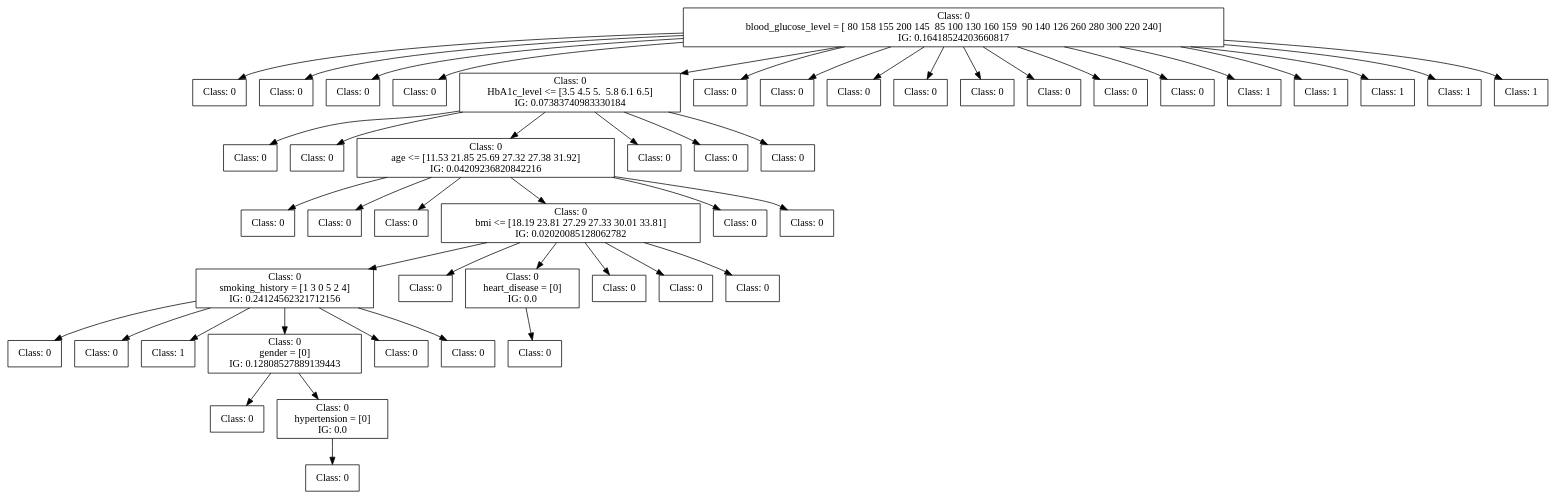
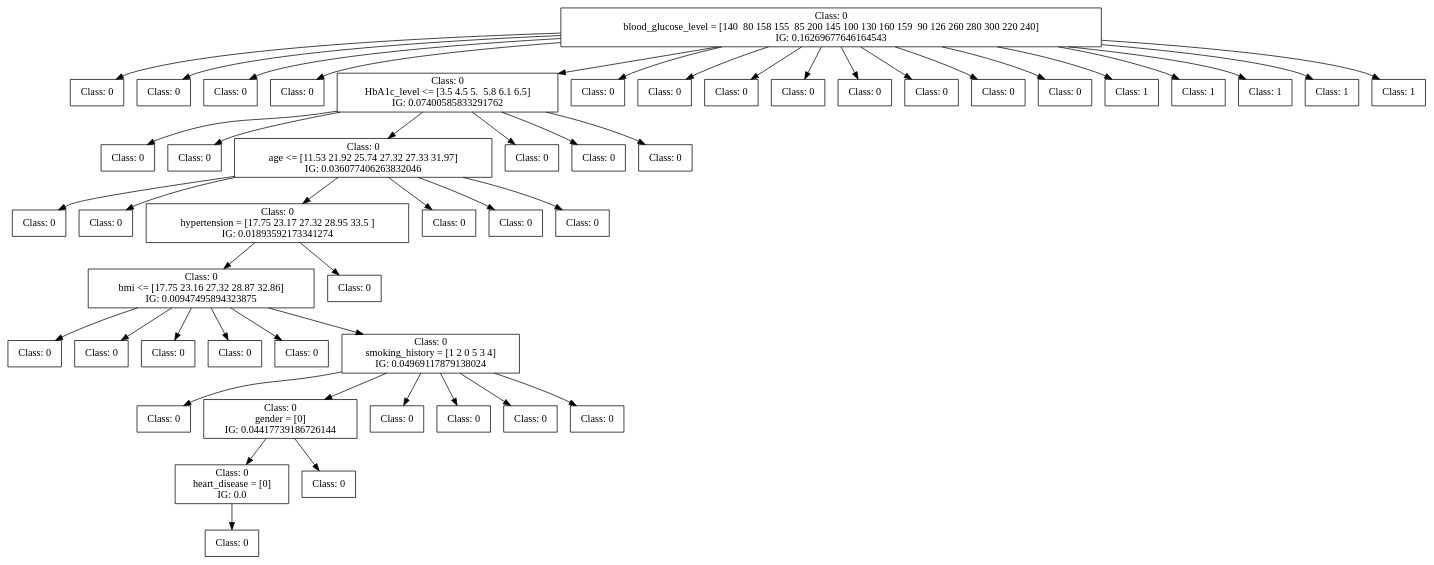
One commit to FedericoBruzzone/anti-money-laundering changed the diagram in dot_figs/tree-id3-diabetes.dot. Above: the diagram before and after it, drawn with Graphviz. The commit also changed 28 other files, not shown here.

```diff
--- a/dot_figs/tree-id3-diabetes.dot
+++ b/dot_figs/tree-id3-diabetes.dot
@@ -1,152 +1,155 @@
 digraph DecisionTree {
 	rankdir=TD;
 	node [shape=box];
-	1472321838944 [label="Class: 0
-blood_glucose_level = [ 80 158 155 200 145  85 100 130 160 159  90 140 126 260 280 300 220 240]
-IG: 0.16418524203660817"];
-	1472384834080 [label="Class: 0
+	1902116242240 [label="Class: 0
+blood_glucose_level = [140  80 158 155  85 200 145 100 130 160 159  90 126 260 280 300 220 240]
+IG: 0.16269677646164543"];
+	1902402465472 [label="Class: 0
 "];
-	1472321838944 -> 1472384834080;
-	1472384829808 [label="Class: 0
+	1902116242240 -> 1902402465472;
+	1902402465328 [label="Class: 0
 "];
-	1472321838944 -> 1472384829808;
-	1472384833648 [label="Class: 0
+	1902116242240 -> 1902402465328;
+	1902402458464 [label="Class: 0
 "];
-	1472321838944 -> 1472384833648;
-	1472384828896 [label="Class: 0
+	1902116242240 -> 1902402458464;
+	1902402459616 [label="Class: 0
 "];
-	1472321838944 -> 1472384828896;
-	1472384828224 [label="Class: 0
+	1902116242240 -> 1902402459616;
+	1902402464704 [label="Class: 0
 HbA1c_level <= [3.5 4.5 5.  5.8 6.1 6.5]
-IG: 0.07383740983330184"];
-	1472321838944 -> 1472384828224;
-	1472331663920 [label="Class: 0
+IG: 0.07400585833291762"];
+	1902116242240 -> 1902402464704;
+	1902432781024 [label="Class: 0
 "];
-	1472384828224 -> 1472331663920;
-	1472331667040 [label="Class: 0
+	1902402464704 -> 1902432781024;
+	1902432784672 [label="Class: 0
 "];
-	1472384828224 -> 1472331667040;
-	1472331664016 [label="Class: 0
-age <= [11.53 21.85 25.69 27.32 27.38 31.92]
-IG: 0.04209236820842216"];
-	1472384828224 -> 1472331664016;
-	1472331665456 [label="Class: 0
+	1902402464704 -> 1902432784672;
+	1902432785680 [label="Class: 0
+age <= [11.53 21.92 25.74 27.32 27.33 31.97]
+IG: 0.036077406263832046"];
+	1902402464704 -> 1902432785680;
+	1902432791392 [label="Class: 0
 "];
-	1472331664016 -> 1472331665456;
-	1472331668864 [label="Class: 0
+	1902432785680 -> 1902432791392;
+	1902432790432 [label="Class: 0
 "];
-	1472331664016 -> 1472331668864;
-	1472331668000 [label="Class: 0
+	1902432785680 -> 1902432790432;
+	1902432791824 [label="Class: 0
+hypertension = [17.75 23.17 27.32 28.95 33.5 ]
+IG: 0.01893592173341274"];
+	1902432785680 -> 1902432791824;
+	1902432788608 [label="Class: 0
+bmi <= [17.75 23.16 27.32 28.87 32.86]
+IG: 0.00947495894323875"];
+	1902432791824 -> 1902432788608;
+	1902433110048 [label="Class: 0
 "];
-	1472331664016 -> 1472331668000;
-	1472331668192 [label="Class: 0
-bmi <= [18.19 23.81 27.29 27.33 30.01 33.81]
-IG: 0.02020085128062782"];
-	1472331664016 -> 1472331668192;
-	1472331668576 [label="Class: 0
-smoking_history = [1 3 0 5 2 4]
-IG: 0.24124562321712156"];
-	1472331668192 -> 1472331668576;
-	1472331670112 [label="Class: 0
+	1902432788608 -> 1902433110048;
+	1902433111152 [label="Class: 0
 "];
-	1472331668576 -> 1472331670112;
-	1472331670736 [label="Class: 0
+	1902432788608 -> 1902433111152;
+	1902433110096 [label="Class: 0
 "];
-	1472331668576 -> 1472331670736;
-	1472331666704 [label="Class: 1
+	1902432788608 -> 1902433110096;
+	1902433109808 [label="Class: 0
 "];
-	1472331668576 -> 1472331666704;
-	1472331667568 [label="Class: 0
+	1902432788608 -> 1902433109808;
+	1902433108752 [label="Class: 0
+"];
+	1902432788608 -> 1902433108752;
+	1902433110816 [label="Class: 0
+smoking_history = [1 2 0 5 3 4]
+IG: 0.04969117879138024"];
+	1902432788608 -> 1902433110816;
+	1902433114416 [label="Class: 0
+"];
+	1902433110816 -> 1902433114416;
+	1902433114656 [label="Class: 0
 gender = [0]
-IG: 0.12808527889139443"];
-	1472331668576 -> 1472331667568;
-	1472331665744 [label="Class: 0
-"];
-	1472331667568 -> 1472331665744;
-	1472331670256 [label="Class: 0
-hypertension = [0]
-IG: 0.0"];
-	1472331667568 -> 1472331670256;
-	1472331669776 [label="Class: 0
-"];
-	1472331670256 -> 1472331669776;
-	1472331667952 [label="Class: 0
-"];
-	1472331668576 -> 1472331667952;
-	1472331667520 [label="Class: 0
-"];
-	1472331668576 -> 1472331667520;
-	1472331669296 [label="Class: 0
-"];
-	1472331668192 -> 1472331669296;
-	1472331668816 [label="Class: 0
+IG: 0.04417739186726144"];
+	1902433110816 -> 1902433114656;
+	1902433113984 [label="Class: 0
 heart_disease = [0]
 IG: 0.0"];
-	1472331668192 -> 1472331668816;
-	1472331664304 [label="Class: 0
+	1902433114656 -> 1902433113984;
+	1902433117248 [label="Class: 0
 "];
-	1472331668816 -> 1472331664304;
-	1472331669008 [label="Class: 0
+	1902433113984 -> 1902433117248;
+	1902433116720 [label="Class: 0
 "];
-	1472331668192 -> 1472331669008;
-	1472331669056 [label="Class: 0
+	1902433114656 -> 1902433116720;
+	1902433113216 [label="Class: 0
 "];
-	1472331668192 -> 1472331669056;
-	1472331667328 [label="Class: 0
+	1902433110816 -> 1902433113216;
+	1902433112832 [label="Class: 0
 "];
-	1472331668192 -> 1472331667328;
-	1472331665552 [label="Class: 0
+	1902433110816 -> 1902433112832;
+	1902433108944 [label="Class: 0
 "];
-	1472331664016 -> 1472331665552;
-	1472331669632 [label="Class: 0
+	1902433110816 -> 1902433108944;
+	1902433114848 [label="Class: 0
 "];
-	1472331664016 -> 1472331669632;
-	1472331667616 [label="Class: 0
+	1902433110816 -> 1902433114848;
+	1902432794128 [label="Class: 0
 "];
-	1472384828224 -> 1472331667616;
-	1472331664160 [label="Class: 0
+	1902432791824 -> 1902432794128;
+	1902432790144 [label="Class: 0
 "];
-	1472384828224 -> 1472331664160;
-	1472331667088 [label="Class: 0
+	1902432785680 -> 1902432790144;
+	1902432790576 [label="Class: 0
 "];
-	1472384828224 -> 1472331667088;
-	1472384828560 [label="Class: 0
+	1902432785680 -> 1902432790576;
+	1902432790672 [label="Class: 0
 "];
-	1472321838944 -> 1472384828560;
-	1472384833216 [label="Class: 0
+	1902432785680 -> 1902432790672;
+	1902432784624 [label="Class: 0
 "];
-	1472321838944 -> 1472384833216;
-	1472384833696 [label="Class: 0
+	1902402464704 -> 1902432784624;
+	1902432781648 [label="Class: 0
 "];
-	1472321838944 -> 1472384833696;
-	1472384833888 [label="Class: 0
+	1902402464704 -> 1902432781648;
+	1902432783568 [label="Class: 0
 "];
-	1472321838944 -> 1472384833888;
-	1472384830144 [label="Class: 0
+	1902402464704 -> 1902432783568;
+	1902402462976 [label="Class: 0
 "];
-	1472321838944 -> 1472384830144;
-	1472384829520 [label="Class: 0
+	1902116242240 -> 1902402462976;
+	1902402458800 [label="Class: 0
 "];
-	1472321838944 -> 1472384829520;
-	1472384834176 [label="Class: 0
+	1902116242240 -> 1902402458800;
+	1902402465568 [label="Class: 0
 "];
-	1472321838944 -> 1472384834176;
-	1472384832976 [label="Class: 0
+	1902116242240 -> 1902402465568;
+	1902402459088 [label="Class: 0
 "];
-	1472321838944 -> 1472384832976;
-	1472384833504 [label="Class: 1
+	1902116242240 -> 1902402459088;
+	1902402466144 [label="Class: 0
 "];
-	1472321838944 -> 1472384833504;
-	1472384841616 [label="Class: 1
+	1902116242240 -> 1902402466144;
+	1902402466288 [label="Class: 0
 "];
-	1472321838944 -> 1472384841616;
-	1472384828272 [label="Class: 1
+	1902116242240 -> 1902402466288;
+	1902402466432 [label="Class: 0
 "];
-	1472321838944 -> 1472384828272;
-	1472384833072 [label="Class: 1
+	1902116242240 -> 1902402466432;
+	1902402466576 [label="Class: 0
 "];
-	1472321838944 -> 1472384833072;
-	1472384828416 [label="Class: 1
+	1902116242240 -> 1902402466576;
+	1902402466720 [label="Class: 1
 "];
-	1472321838944 -> 1472384828416;
+	1902116242240 -> 1902402466720;
+	1902402466864 [label="Class: 1
+"];
+	1902116242240 -> 1902402466864;
+	1902402467008 [label="Class: 1
+"];
+	1902116242240 -> 1902402467008;
+	1902402467152 [label="Class: 1
+"];
+	1902116242240 -> 1902402467152;
+	1902402467296 [label="Class: 1
+"];
+	1902116242240 -> 1902402467296;
 }
```
